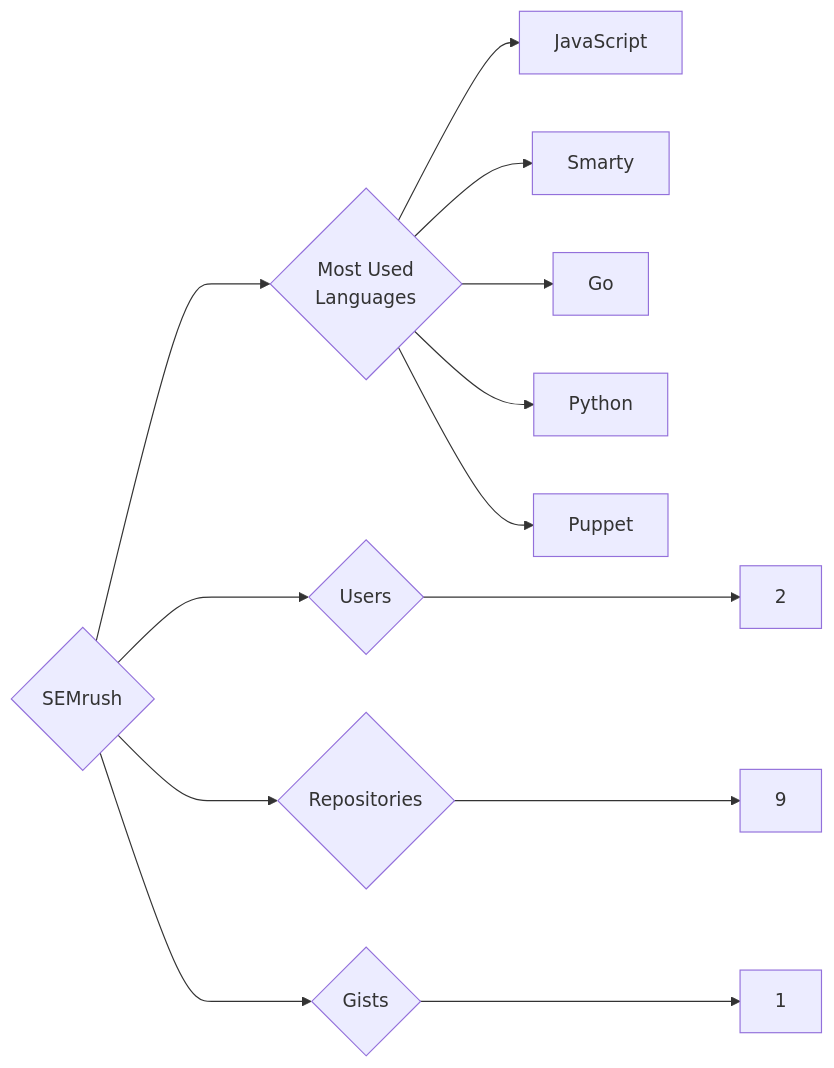
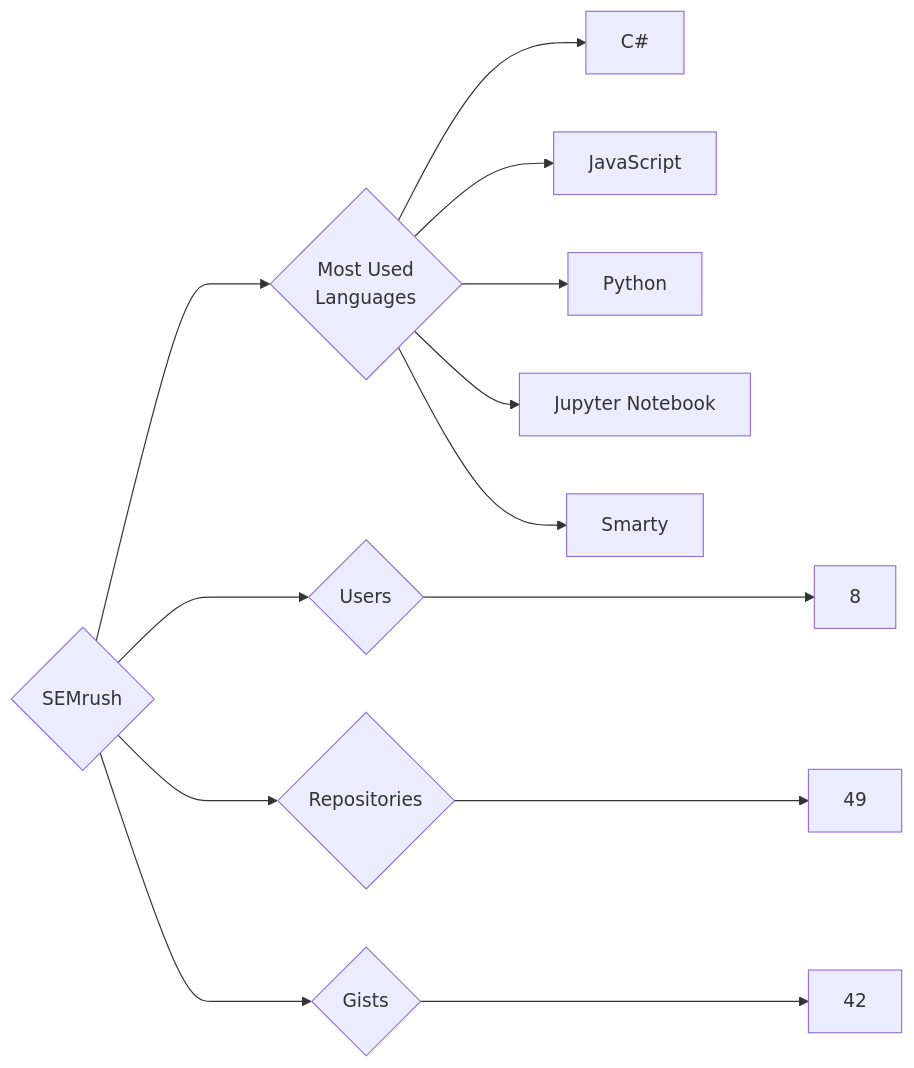
The diagram in targets/SEMrush/README.md (trickest/insiders), drawn with Mermaid before and after one commit. The commit also changed 1696 other files, not shown here.

````diff
--- a/targets/SEMrush/README.md
+++ b/targets/SEMrush/README.md
@@ -3,13 +3,13 @@
 ```mermaid
 graph LR
 COMPANY_NAME{SEMrush}
-COMPANY_NAME ---> U{Users} ---> UN[2]
-COMPANY_NAME ---> R{Repositories} ---> RN[9]
-COMPANY_NAME ---> G{Gists} ---> GN[1]
+COMPANY_NAME ---> U{Users} ---> UN[8]
+COMPANY_NAME ---> R{Repositories} ---> RN[49]
+COMPANY_NAME ---> G{Gists} ---> GN[42]
 COMPANY_NAME ---> ML{Most Used<br>Languages}
+ML --> C#[C#]
 ML --> JavaScript[JavaScript]
+ML --> Python[Python]
+ML --> Jupyter_Notebook[Jupyter Notebook]
 ML --> Smarty[Smarty]
-ML --> Go[Go]
-ML --> Python[Python]
-ML --> Puppet[Puppet]
 ```
````
